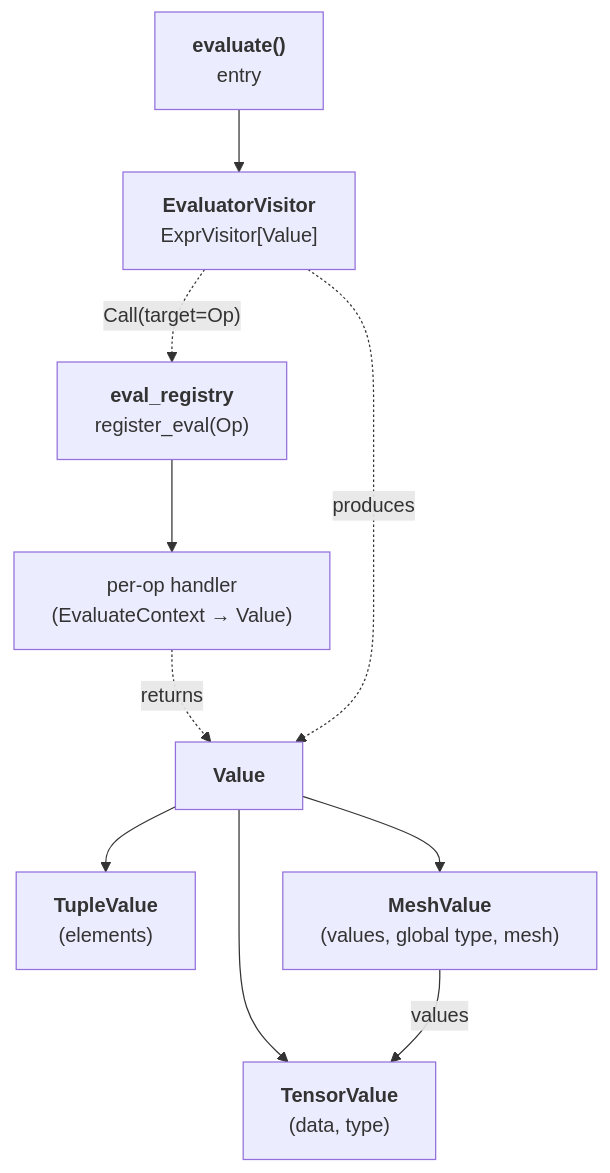
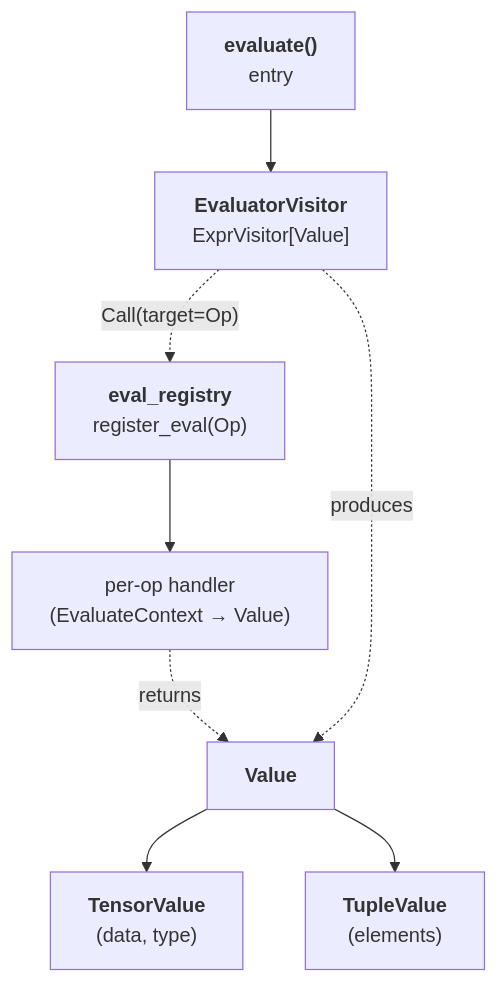
The diagram in docs/spec/evaluator.md (tile-ai/TileFoundry), drawn with Mermaid before and after one commit. The commit also changed other lines of this file and 31 other files, not shown here.

````diff
--- a/docs/spec/evaluator.md
+++ b/docs/spec/evaluator.md
@@ -8,21 +8,18 @@
 ```mermaid
 flowchart TB
     evaluate["<b>evaluate()</b><br/>entry"]
     Evaluator["<b>EvaluatorVisitor</b><br/>ExprVisitor[Value]"]
     registry["<b>eval_registry</b><br/>register_eval(Op)"]
     handler["per-op handler<br/>(EvaluateContext → Value)"]
     Value["<b>Value</b>"]
     TensorValue["<b>TensorValue</b><br/>(data, type)"]
     TupleValue["<b>TupleValue</b><br/>(elements)"]
-    MeshValue["<b>MeshValue</b><br/>(values, global type, mesh)"]
 
     evaluate --> Evaluator
     Evaluator -. "Call(target=Op)" .-> registry
     registry --> handler
     handler -. returns .-> Value
     Evaluator -. produces .-> Value
     Value --> TensorValue
     Value --> TupleValue
-    Value --> MeshValue
-    MeshValue -->|values| TensorValue
 ```
````
